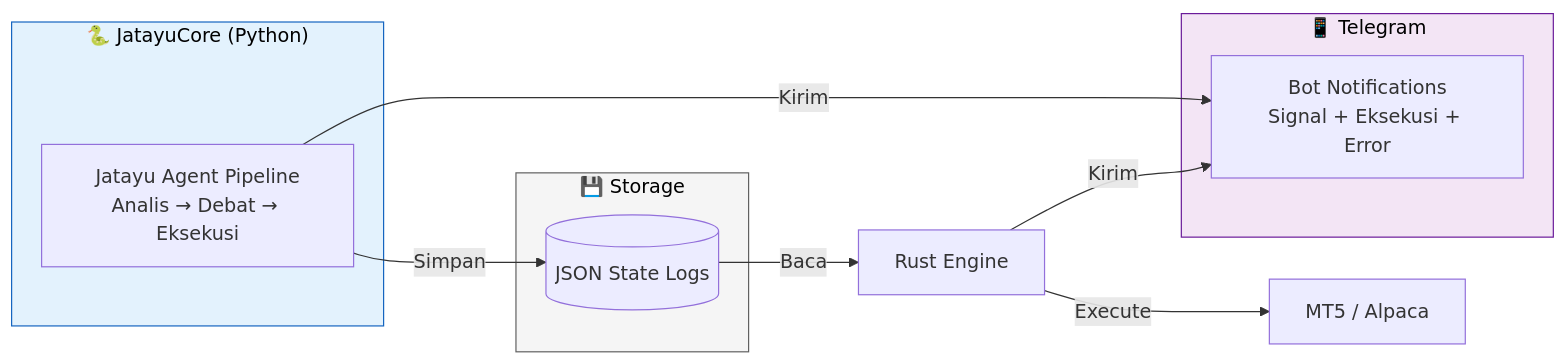
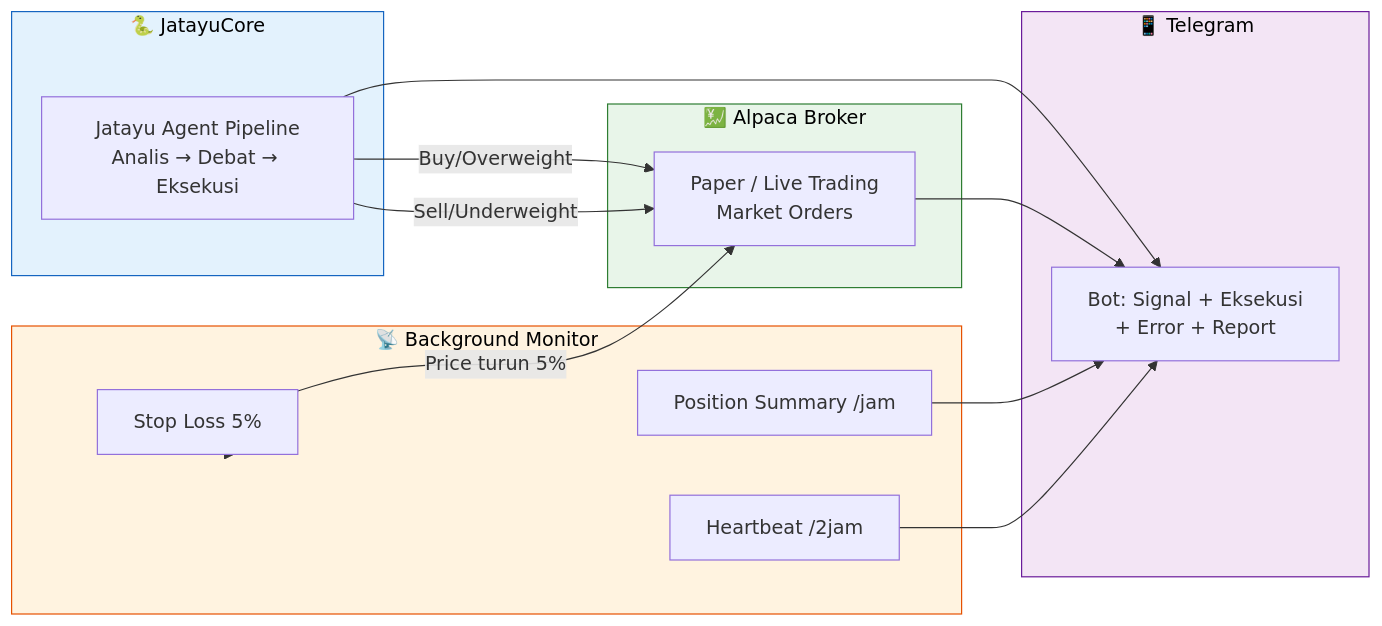
The second of 2 diagrams in docs/index.md (komelImoet/JatayuCore), drawn with Mermaid before and after one commit. The commit also changed other lines of this file and 11 other files, not shown here.

First line of the commit message:
docs: update with Alpaca + monitor + logo + all new features

````diff
--- a/docs/index.md
+++ b/docs/index.md
@@ -19,24 +22,30 @@
 ```mermaid
 flowchart LR
-    subgraph Python["🐍 JatayuCore (Python)"]
+    subgraph Core["🐍 JatayuCore"]
         TA[Jatayu Agent Pipeline<br/>Analis → Debat → Eksekusi]
     end
-    
-    subgraph Storage["💾 Storage"]
-        JS[(JSON State Logs)]
+    subgraph Broker["💹 Alpaca Broker"]
+        AP[Paper / Live Trading<br/>Market Orders]
     end
-    
+    subgraph Monitor["📡 Background Monitor"]
+        SL[Stop Loss 5%]
+        SUM[Position Summary /jam]
+        HB[Heartbeat /2jam]
+    end
     subgraph Telegram["📱 Telegram"]
-        TG[Bot Notifications<br/>Signal + Eksekusi + Error]
+        TG[Bot: Signal + Eksekusi<br/>+ Error + Report]
     end
-    
-    TA -->|Simpan| JS
-    TA -->|Kirim| TG
-    JS -->|Baca| RE[Rust Engine]
-    RE -->|Execute| MT[MT5 / Alpaca]
-    RE -->|Kirim| TG
-    
-    style Python fill:#e3f2fd,stroke:#1565c0,color:#000
-    style Storage fill:#f5f5f5,stroke:#616161,color:#000
+
+    TA -->|Buy/Overweight| AP
+    TA -->|Sell/Underweight| AP
+    TA --> TG
+    AP --> TG
+    Monitor --> SL -->|Price turun 5%| AP
+    Monitor --> SUM --> TG
+    Monitor --> HB --> TG
+
+    style Core fill:#e3f2fd,stroke:#1565c0,color:#000
+    style Broker fill:#e8f5e9,stroke:#2e7d32,color:#000
+    style Monitor fill:#fff3e0,stroke:#e65100,color:#000
     style Telegram fill:#f3e5f5,stroke:#6a1b9a,color:#000
 ```
````
